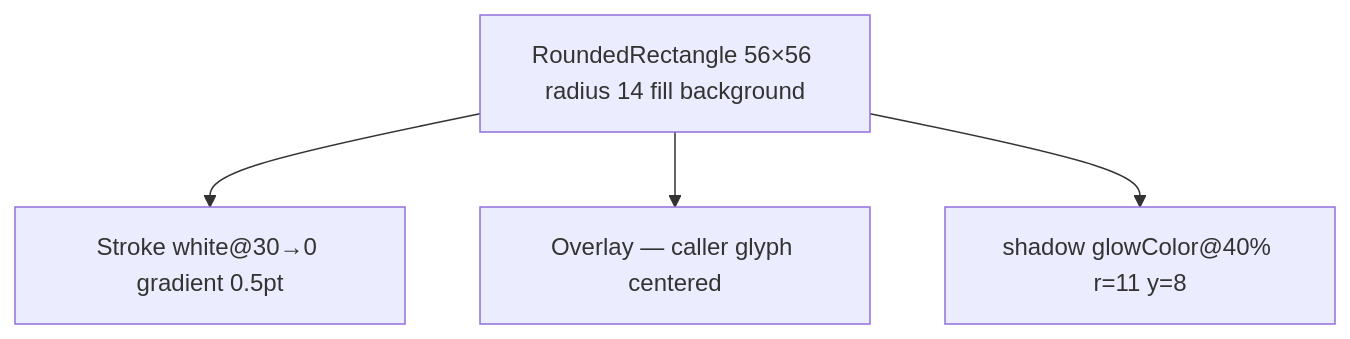
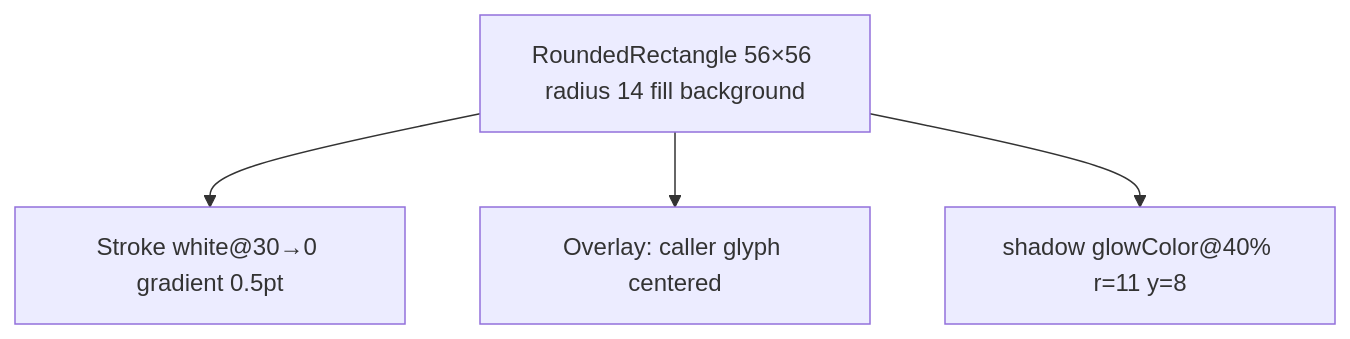
The diagram in design-system/components/brand-tile.md (MrDemonWolf/WolfWave), drawn with Mermaid before and after one commit. The commit also changed other lines of this file and 152 other files, not shown here.

````diff
--- a/design-system/components/brand-tile.md
+++ b/design-system/components/brand-tile.md
@@ -37,6 +37,6 @@
 ```mermaid
 graph TB
   Tile[RoundedRectangle 56×56 radius 14 fill background] --> Stroke[Stroke white@30→0 gradient 0.5pt]
-  Tile --> Glyph[Overlay — caller glyph centered]
+  Tile --> Glyph[Overlay: caller glyph centered]
   Tile --> Shadow[shadow glowColor@40% r=11 y=8]
 ```
````
